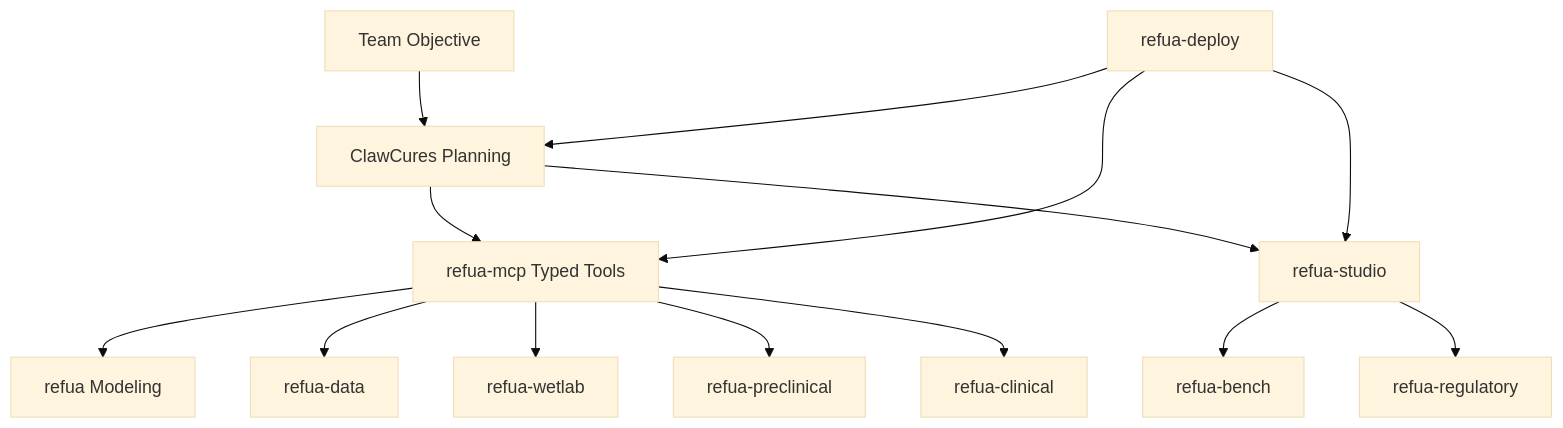
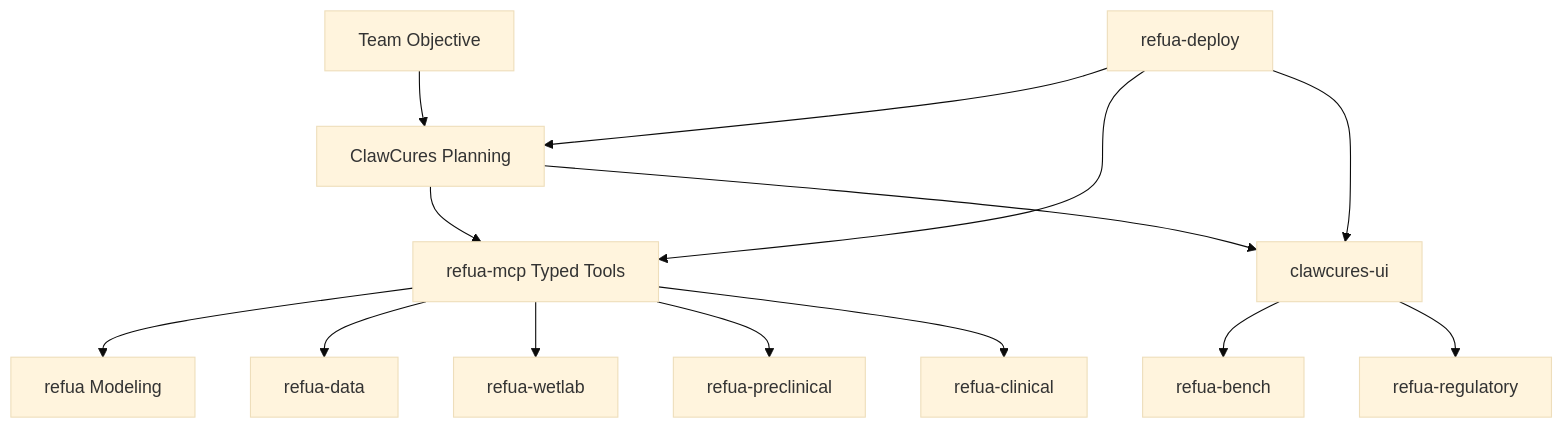
Before and after one commit to agentcures/.github: the diagram in guidebook/README.md, drawn with Mermaid (base theme). The commit also changed 9 other files, not shown here.

````diff
--- a/guidebook/README.md
+++ b/guidebook/README.md
@@ -60,16 +60,16 @@
 ```mermaid
 flowchart TD
     U[Team Objective] --> C[ClawCures Planning]
     C --> M[refua-mcp Typed Tools]
     M --> R[refua Modeling]
     M --> D[refua-data]
     M --> W[refua-wetlab]
     M --> P[refua-preclinical]
     M --> L[refua-clinical]
-    C --> S[refua-studio]
+    C --> S[clawcures-ui]
     S --> B[refua-bench]
     S --> G[refua-regulatory]
     X[refua-deploy] --> C
     X --> M
     X --> S
 ```
````
